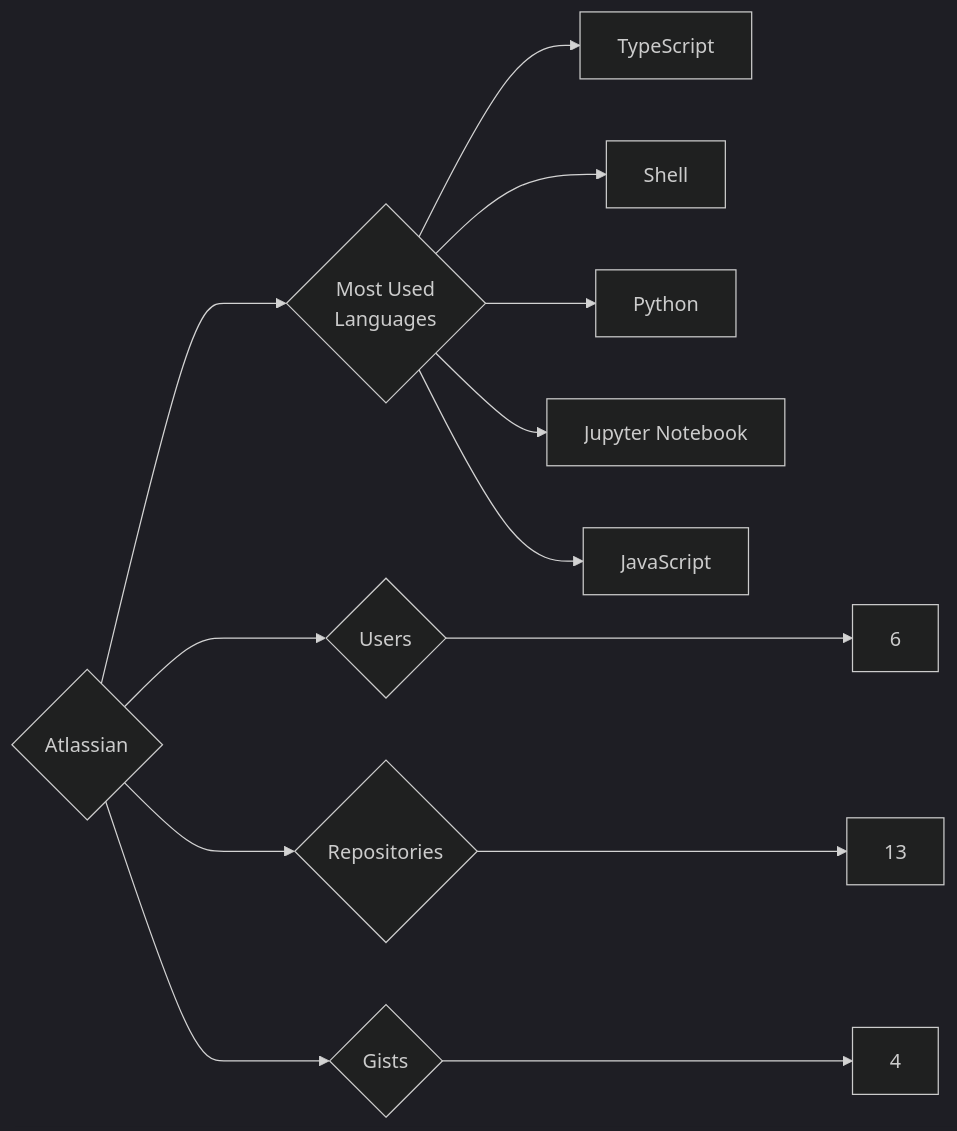
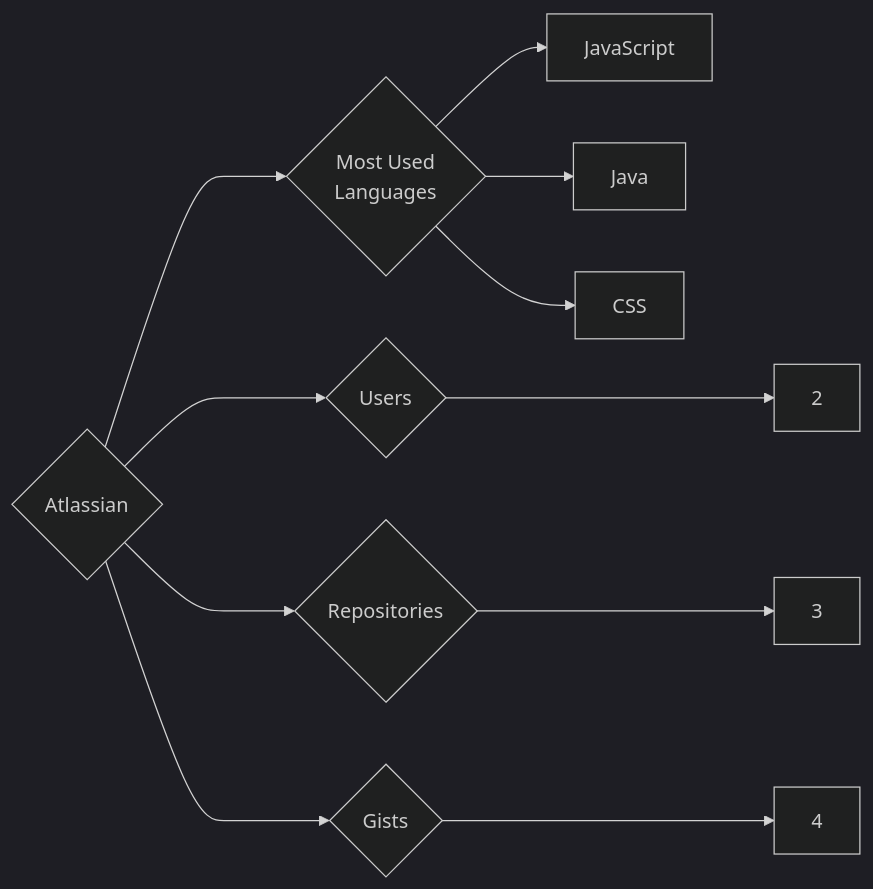
One commit to trickest/insiders changed the diagram in targets/Atlassian/README.md. Above: the diagram before and after it, drawn with Mermaid (dark theme). The commit also changed 873 other files, not shown here.

````diff
--- a/targets/Atlassian/README.md
+++ b/targets/Atlassian/README.md
@@ -3,13 +3,11 @@
 ```mermaid
 graph LR
 COMPANY_NAME{Atlassian}
-COMPANY_NAME ---> U{Users} ---> UN[6]
-COMPANY_NAME ---> R{Repositories} ---> RN[13]
+COMPANY_NAME ---> U{Users} ---> UN[2]
+COMPANY_NAME ---> R{Repositories} ---> RN[3]
 COMPANY_NAME ---> G{Gists} ---> GN[4]
 COMPANY_NAME ---> ML{Most Used<br>Languages}
-ML --> TypeScript[TypeScript]
-ML --> Shell[Shell]
-ML --> Python[Python]
-ML --> Jupyter_Notebook[Jupyter Notebook]
 ML --> JavaScript[JavaScript]
+ML --> Java[Java]
+ML --> CSS[CSS]
 ```
````
